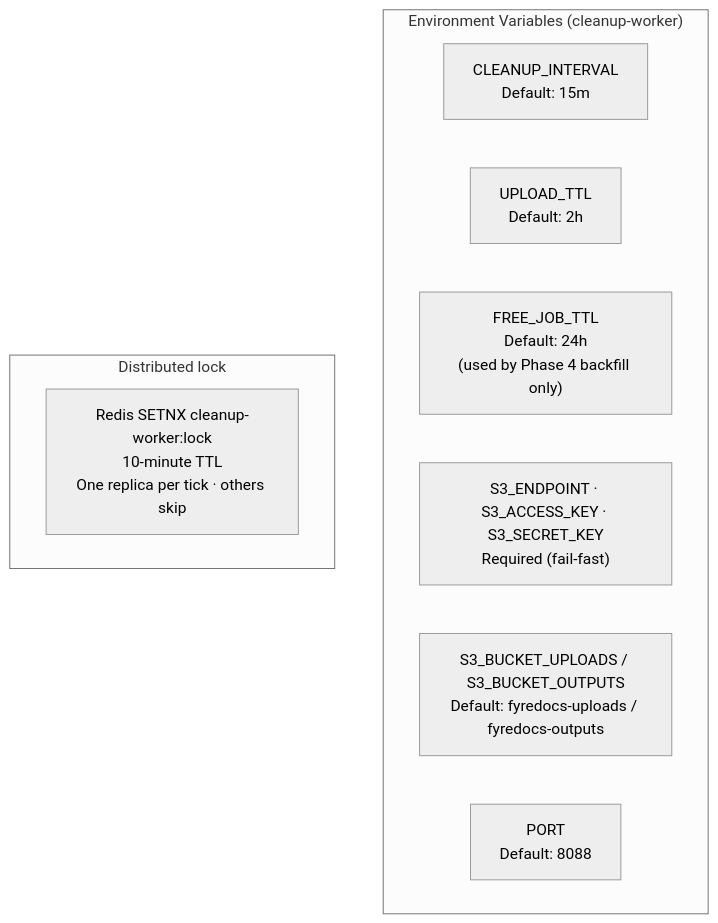
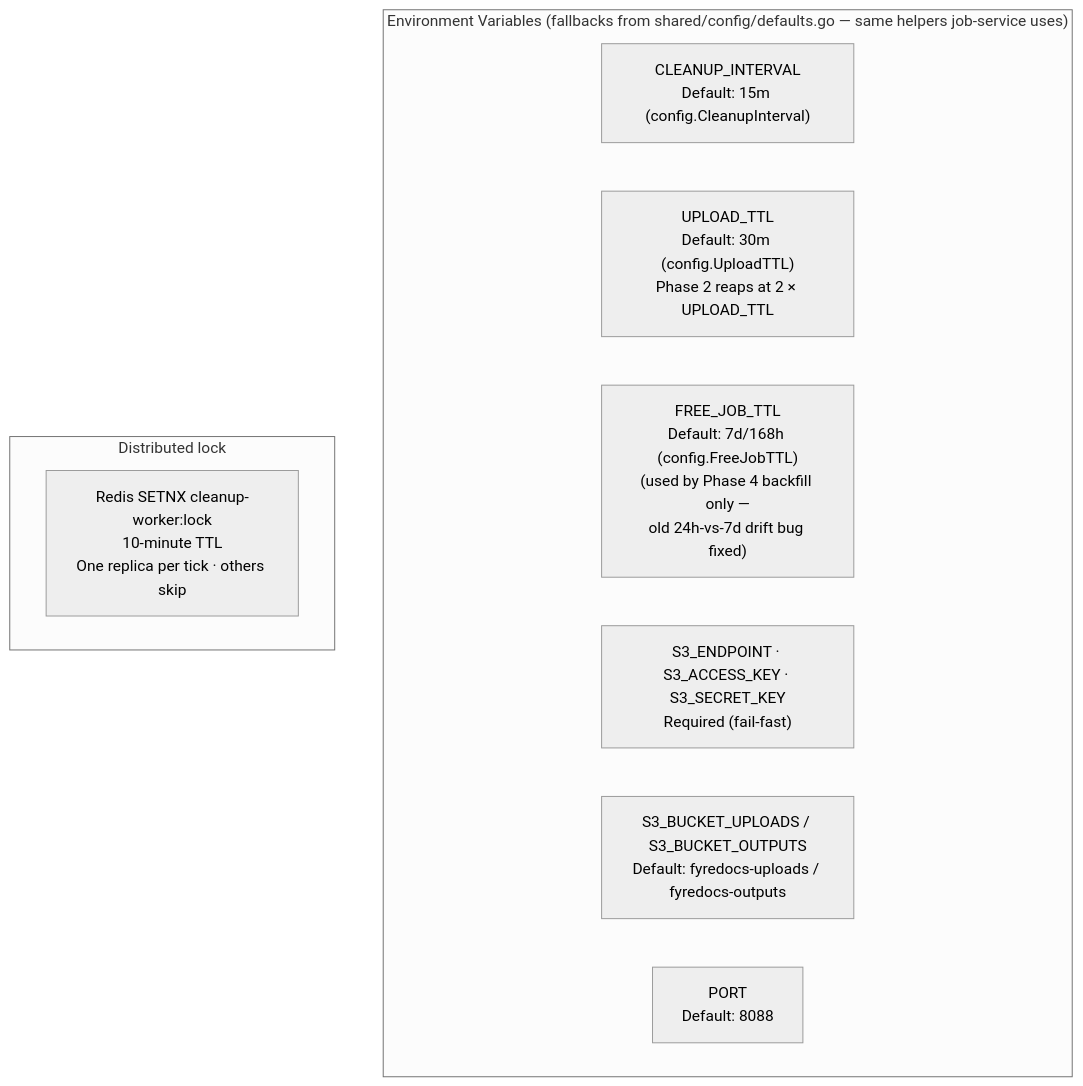
Before and after one commit to Prachidubey2003/fyredocs_backend: the third of 4 diagrams in docs/developer/mermaid/service-cleanup-worker-architecture.md, drawn with Mermaid (neutral theme). The commit also changed other lines of this file and 130 other files, not shown here.

````diff
--- a/docs/developer/mermaid/service-cleanup-worker-architecture.md
+++ b/docs/developer/mermaid/service-cleanup-worker-architecture.md
@@ -96,15 +96,15 @@
 ```mermaid
 graph TD
-    subgraph EnvVars["Environment Variables (cleanup-worker)"]
-        A["CLEANUP_INTERVAL<br/>Default: 15m"]
-        B["UPLOAD_TTL<br/>Default: 2h"]
-        C["FREE_JOB_TTL<br/>Default: 24h<br/>(used by Phase 4 backfill only)"]
+    subgraph EnvVars["Environment Variables (fallbacks from shared/config/defaults.go — same helpers job-service uses)"]
+        A["CLEANUP_INTERVAL<br/>Default: 15m (config.CleanupInterval)"]
+        B["UPLOAD_TTL<br/>Default: 30m (config.UploadTTL)<br/>Phase 2 reaps at 2 × UPLOAD_TTL"]
+        C["FREE_JOB_TTL<br/>Default: 7d/168h (config.FreeJobTTL)<br/>(used by Phase 4 backfill only —<br/>old 24h-vs-7d drift bug fixed)"]
         D["S3_ENDPOINT · S3_ACCESS_KEY · S3_SECRET_KEY<br/>Required (fail-fast)"]
         E["S3_BUCKET_UPLOADS / S3_BUCKET_OUTPUTS<br/>Default: fyredocs-uploads / fyredocs-outputs"]
         F["PORT<br/>Default: 8088"]
     end
 
     subgraph Locking["Distributed lock"]
         L["Redis SETNX cleanup-worker:lock<br/>10-minute TTL<br/>One replica per tick · others skip"]
     end
 ```
````
